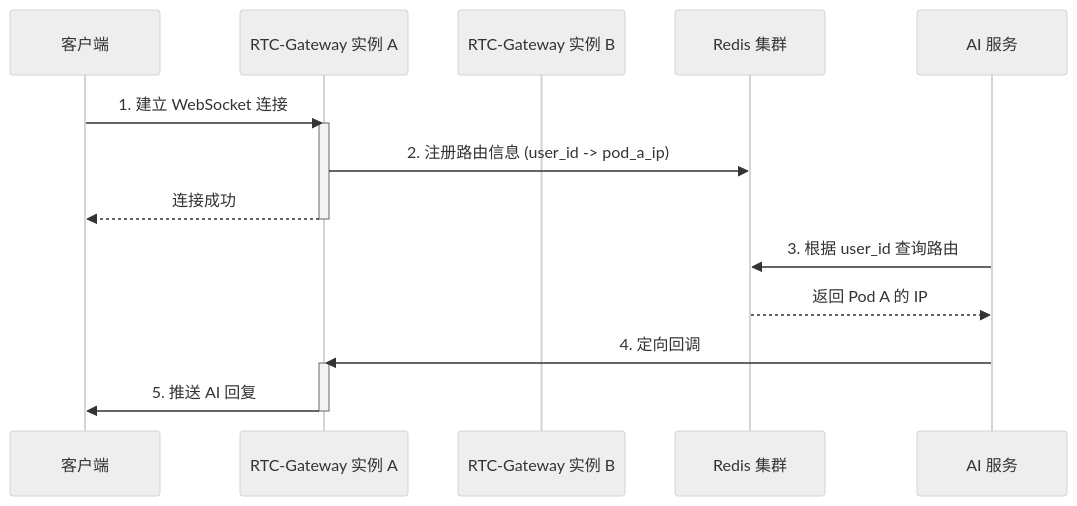
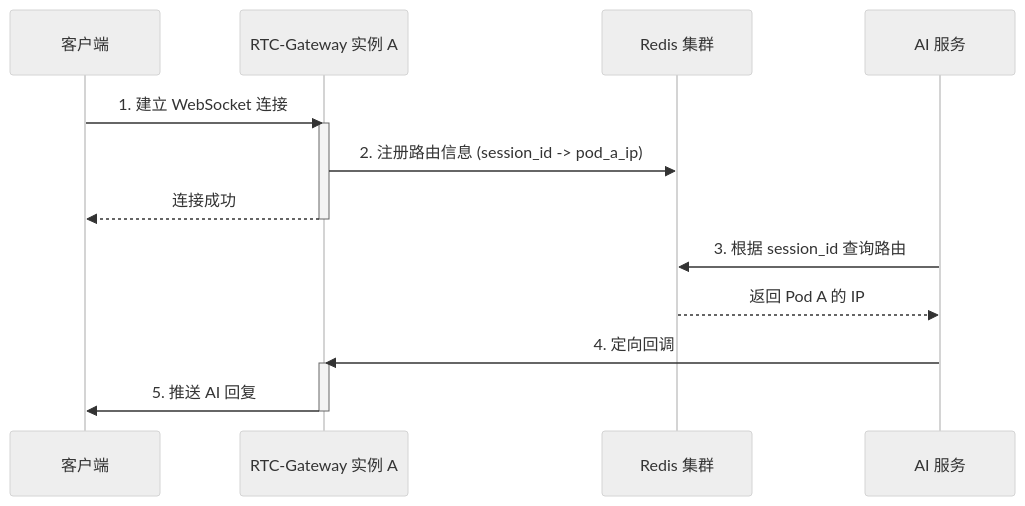
The first of 2 diagrams in distributed/架构演进：为“AI语音伴侣”构建永不中断的实时通信网关.md (iheCoder/code_for_article), drawn with Mermaid (neutral theme) before and after one commit. The commit also changed other lines of this file, not shown here.

````diff
--- a/distributed/架构演进：为“AI语音伴侣”构建永不中断的实时通信网关.md
+++ b/distributed/架构演进：为“AI语音伴侣”构建永不中断的实时通信网关.md
@@ -19,22 +25,21 @@
 ```mermaid
 sequenceDiagram
     participant Client as 客户端
     participant PodA as RTC-Gateway 实例 A
-    participant PodB as RTC-Gateway 实例 B
     participant Redis as Redis 集群
     participant AIService as AI 服务
 
     Client->>PodA: 1. 建立 WebSocket 连接
     activate PodA
-    PodA->>Redis: 2. 注册路由信息 (user_id -> pod_a_ip)
+    PodA->>Redis: 2. 注册路由信息 (session_id -> pod_a_ip)
     PodA-->>Client: 连接成功
     deactivate PodA
 
-    AIService->>Redis: 3. 根据 user_id 查询路由
+    AIService->>Redis: 3. 根据 session_id 查询路由
     Redis-->>AIService: 返回 Pod A 的 IP
     
     AIService->>PodA: 4. 定向回调
     activate PodA
     PodA->>Client: 5. 推送 AI 回复
     deactivate PodA
 ```
````
